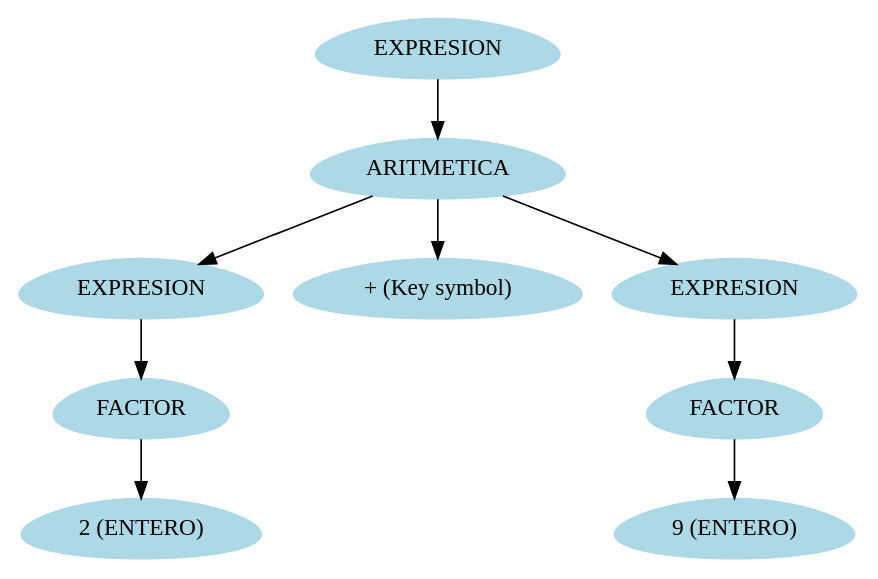
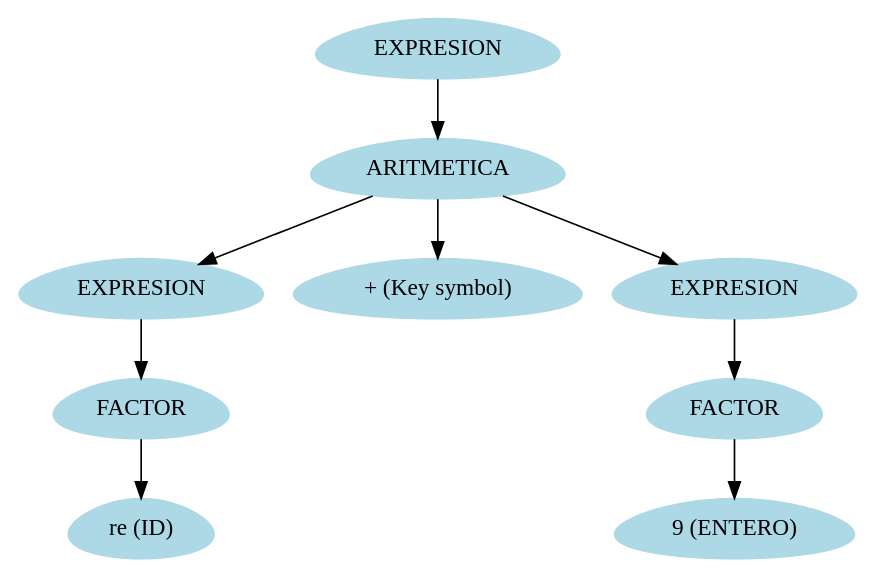
The diagram in [OLC2]Proyecto1/Leng_1x_form/Xform/Xform/bin/Debug/arbolAst.dot (Losajhonny/CPPOLC2), drawn with Graphviz before and after one commit. The commit also changed 12 other files, not shown here.

```diff
--- a/[OLC2]Proyecto1/Leng_1x_form/Xform/Xform/bin/Debug/arbolAst.dot
+++ b/[OLC2]Proyecto1/Leng_1x_form/Xform/Xform/bin/Debug/arbolAst.dot
@@ -1,20 +1,20 @@
 digraph grafo{
 node [shape = egg];
-63238509[label="EXPRESION", style = filled, color = lightblue];
-11679222[label="ARITMETICA", style = filled, color = lightblue];
-63238509->11679222;
-35410979[label="EXPRESION", style = filled, color = lightblue];
-11679222->35410979;
-57416410[label="FACTOR", style = filled, color = lightblue];
-35410979->57416410;
-61940669[label="2 (ENTERO)", style = filled, color = lightblue];
-57416410->61940669;
-15193904[label="+ (Key symbol)", style = filled, color = lightblue];
-11679222->15193904;
-6303833[label="EXPRESION", style = filled, color = lightblue];
-11679222->6303833;
-40452378[label="FACTOR", style = filled, color = lightblue];
-6303833->40452378;
-36009496[label="9 (ENTERO)", style = filled, color = lightblue];
-40452378->36009496;
+9343812[label="EXPRESION", style = filled, color = lightblue];
+17818390[label="ARITMETICA", style = filled, color = lightblue];
+9343812->17818390;
+63630067[label="EXPRESION", style = filled, color = lightblue];
+17818390->63630067;
+44780731[label="FACTOR", style = filled, color = lightblue];
+63630067->44780731;
+1867017[label="re (ID)", style = filled, color = lightblue];
+44780731->1867017;
+16906910[label="+ (Key symbol)", style = filled, color = lightblue];
+17818390->16906910;
+22613453[label="EXPRESION", style = filled, color = lightblue];
+17818390->22613453;
+10972427[label="FACTOR", style = filled, color = lightblue];
+22613453->10972427;
+23997172[label="9 (ENTERO)", style = filled, color = lightblue];
+10972427->23997172;
 }
```
